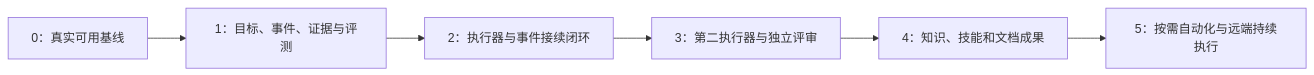
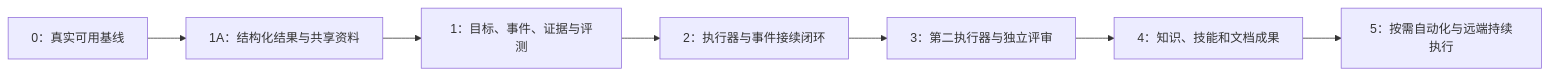
One commit to aa15119557034/agent-review-room changed the diagram in docs/phase2-候选任务.md. Above: the diagram before and after it, drawn with Mermaid. The commit also changed other lines of this file and 4 other files, not shown here.

````diff
--- a/docs/phase2-候选任务.md
+++ b/docs/phase2-候选任务.md
@@ -25,8 +28,9 @@
 ```mermaid
 flowchart LR
- A[0：真实可用基线] --> B[1：目标、事件、证据与评测]
+ A[0：真实可用基线] --> G[1A：结构化结果与共享资料]
+ G --> B[1：目标、事件、证据与评测]
  B --> C[2：执行器与事件接续闭环]
  C --> D[3：第二执行器与独立评审]
  D --> E[4：知识、技能和文档成果]
  E --> F[5：按需自动化与远端持续执行]
 ```
````
